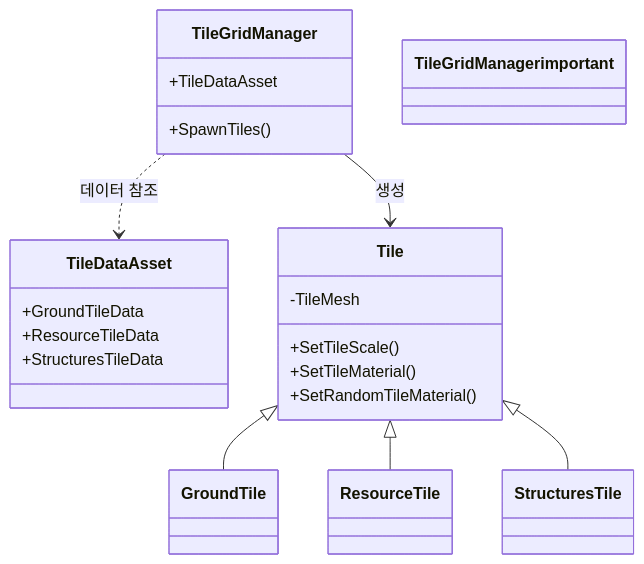
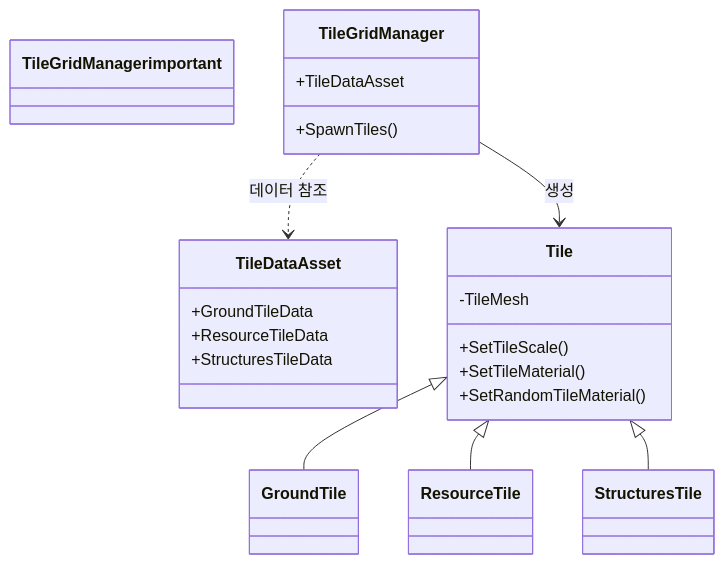
The first of 4 diagrams in README.md (WJMcode/Project_CavesBasic), drawn with Mermaid before and after one commit.

````diff
--- a/README.md
+++ b/README.md
@@ -1,30 +1,33 @@
 ```mermaid
 classDiagram
+
+
+    classDef important fill:#FFD700,stroke:#333,stroke-width:2px;
+    class TileGridManager important
+
     class TileGridManager {
         +TileDataAsset
         +SpawnTiles()
     }
     class TileDataAsset {
         +GroundTileData
         +ResourceTileData
         +StructuresTileData
     }
     class Tile {
         -TileMesh
         +SetTileScale()
         +SetTileMaterial()
         +SetRandomTileMaterial()
     }
     class GroundTile
     class ResourceTile
     class StructuresTile
 
     TileGridManager ..> TileDataAsset : 데이터 참조
     TileGridManager --> Tile : 생성
     Tile <|-- GroundTile
     Tile <|-- ResourceTile
     Tile <|-- StructuresTile
 
-    classDef important fill:#FFD700,stroke:#333,stroke-width:2px;
-    class TileGridManager important
 ```
````
